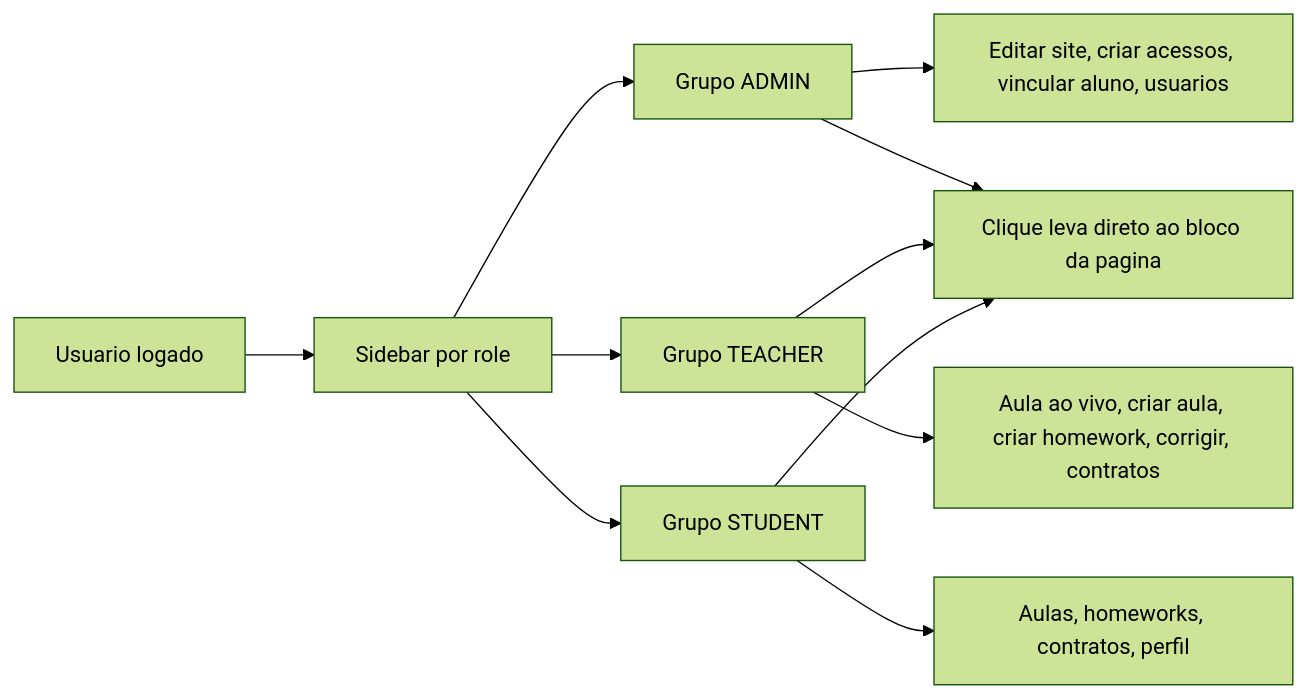
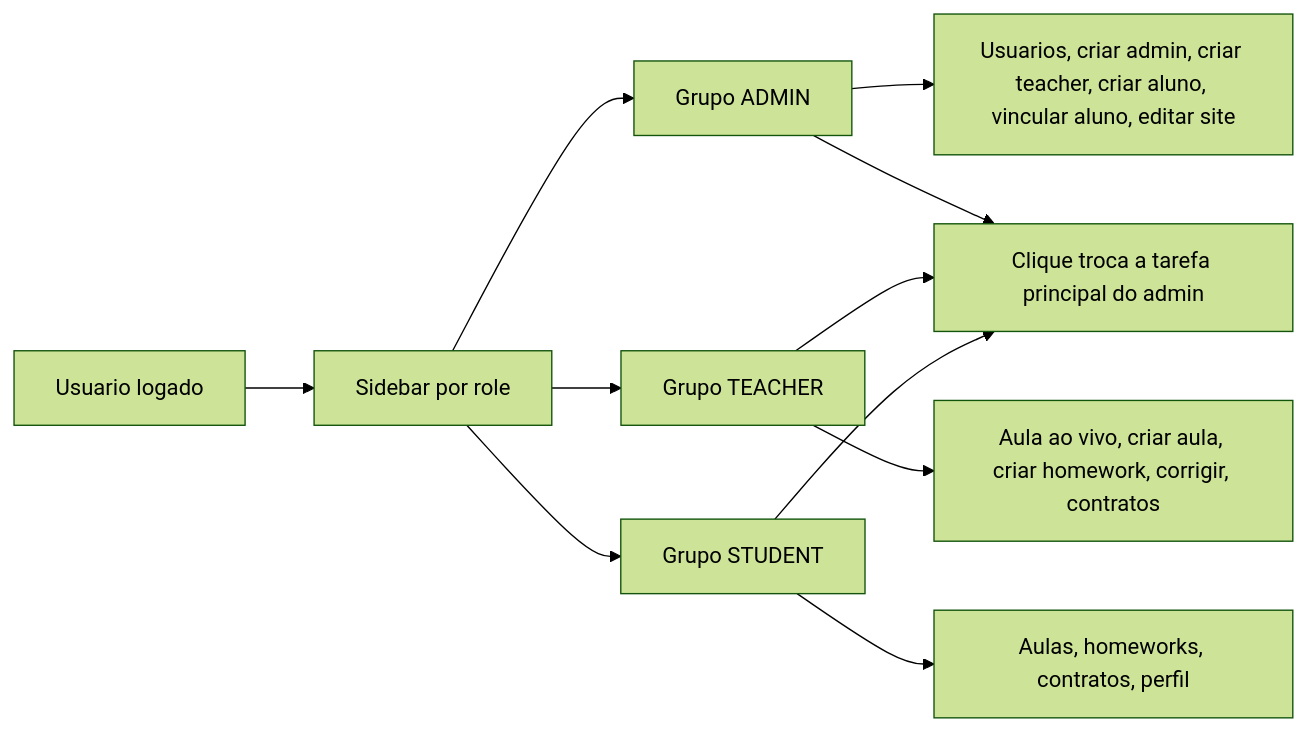
One commit to WilliYY/Candy-English changed the seventh of 8 diagrams in docs/fluxos-ava.md. Above: the diagram before and after it, drawn with Mermaid (forest theme). The commit also changed other lines of this file and 7 other files, not shown here.

````diff
--- a/docs/fluxos-ava.md
+++ b/docs/fluxos-ava.md
@@ -141,13 +141,13 @@
 ```mermaid
 flowchart LR
   A["Usuario logado"] --> B["Sidebar por role"]
   B --> C["Grupo ADMIN"]
   B --> D["Grupo TEACHER"]
   B --> E["Grupo STUDENT"]
-  C --> C1["Editar site, criar acessos, vincular aluno, usuarios"]
+  C --> C1["Usuarios, criar admin, criar teacher, criar aluno, vincular aluno, editar site"]
   D --> D1["Aula ao vivo, criar aula, criar homework, corrigir, contratos"]
   E --> E1["Aulas, homeworks, contratos, perfil"]
-  C --> F["Clique leva direto ao bloco da pagina"]
+  C --> F["Clique troca a tarefa principal do admin"]
   D --> F
   E --> F
 ```
````
